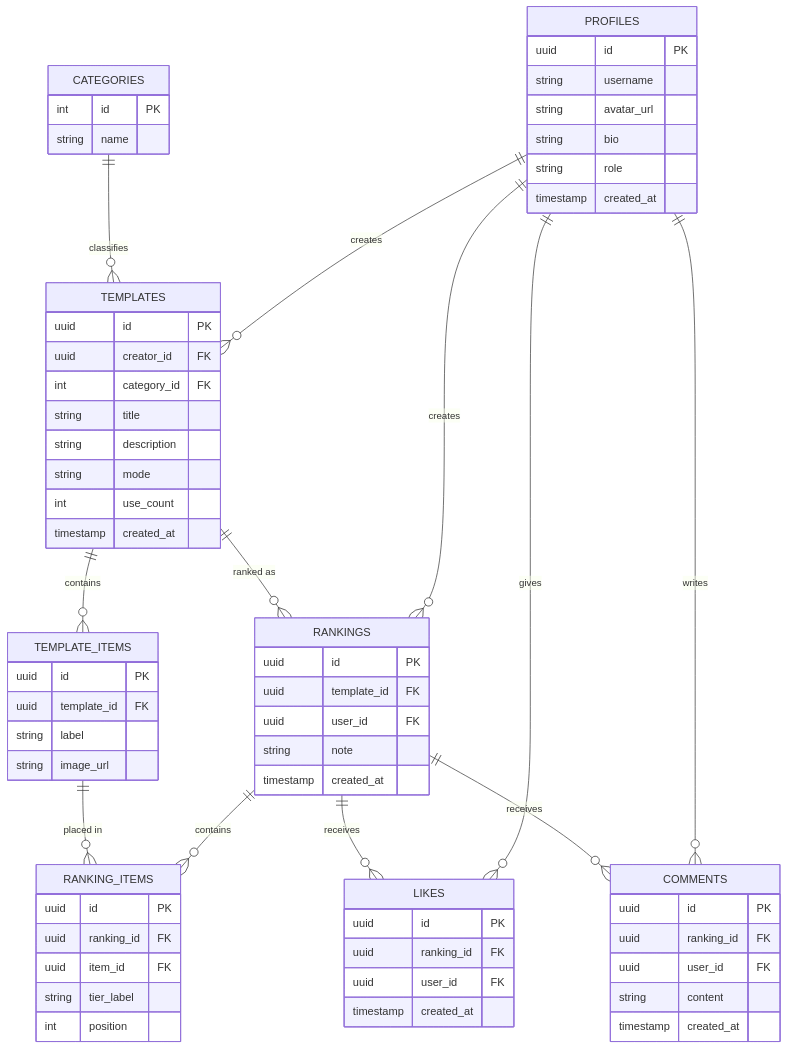
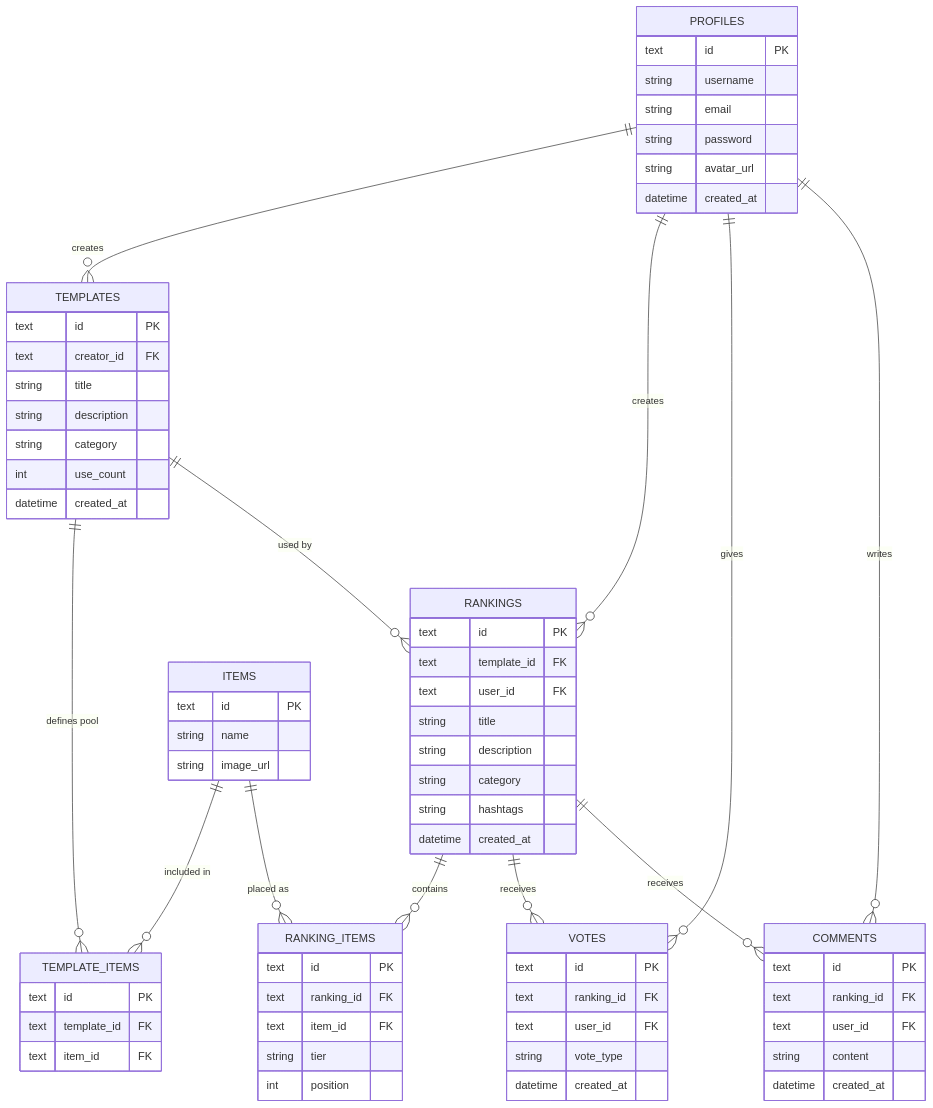
Before and after one commit to Altroria-Art/Tear-of-God: the second of 4 diagrams in SDS.md, drawn with Mermaid. The commit also changed other lines of this file and 1 other file, not shown here.

````diff
--- a/SDS.md
+++ b/SDS.md
@@ -146,70 +152,73 @@
 ```mermaid
 erDiagram
     PROFILES ||--o{ TEMPLATES : creates
     PROFILES ||--o{ RANKINGS : creates
-    PROFILES ||--o{ LIKES : gives
+    PROFILES ||--o{ VOTES : gives
     PROFILES ||--o{ COMMENTS : writes
-    CATEGORIES ||--o{ TEMPLATES : classifies
-    TEMPLATES ||--o{ TEMPLATE_ITEMS : contains
-    TEMPLATES ||--o{ RANKINGS : "ranked as"
+    TEMPLATES ||--o{ TEMPLATE_ITEMS : "defines pool"
+    ITEMS ||--o{ TEMPLATE_ITEMS : "included in"
+    ITEMS ||--o{ RANKING_ITEMS : "placed as"
+    TEMPLATES ||--o{ RANKINGS : "used by"
     RANKINGS ||--o{ RANKING_ITEMS : contains
-    TEMPLATE_ITEMS ||--o{ RANKING_ITEMS : "placed in"
-    RANKINGS ||--o{ LIKES : receives
+    RANKINGS ||--o{ VOTES : receives
     RANKINGS ||--o{ COMMENTS : receives
 
     PROFILES {
-        uuid id PK
+        text id PK
         string username
+        string email
+        string password
         string avatar_url
-        string bio
-        string role
-        timestamp created_at
-    }
-    CATEGORIES {
-        int id PK
-        string name
+        datetime created_at
     }
     TEMPLATES {
-        uuid id PK
-        uuid creator_id FK
-        int category_id FK
+        text id PK
+        text creator_id FK
         string title
         string description
-        string mode
+        string category
         int use_count
-        timestamp created_at
+        datetime created_at
+    }
+    ITEMS {
+        text id PK
+        string name
+        string image_url
     }
     TEMPLATE_ITEMS {
-        uuid id PK
-        uuid template_id FK
-        string label
-        string image_url
+        text id PK
+        text template_id FK
+        text item_id FK
     }
     RANKINGS {
-        uuid id PK
-        uuid template_id FK
-        uuid user_id FK
-        string note
-        timestamp created_at
+        text id PK
+        text template_id FK
+        text user_id FK
+        string title
+        string description
+        string category
+        string hashtags
+        datetime created_at
     }
     RANKING_ITEMS {
-        uuid id PK
-        uuid ranking_id FK
-        uuid item_id FK
-        string tier_label
+        text id PK
+        text ranking_id FK
+        text item_id FK
+        string tier
         int position
     }
-    LIKES {
-        uuid id PK
-        uuid ranking_id FK
-        uuid user_id FK
-        timestamp created_at
+    VOTES {
+        text id PK
+        text ranking_id FK
+        text user_id FK
+        string vote_type
+        datetime created_at
     }
     COMMENTS {
-        uuid id PK
-        uuid ranking_id FK
-        uuid user_id FK
+        text id PK
+        text ranking_id FK
+        text user_id FK
         string content
-        timestamp created_at
+        datetime created_at
     }
 ```
````
